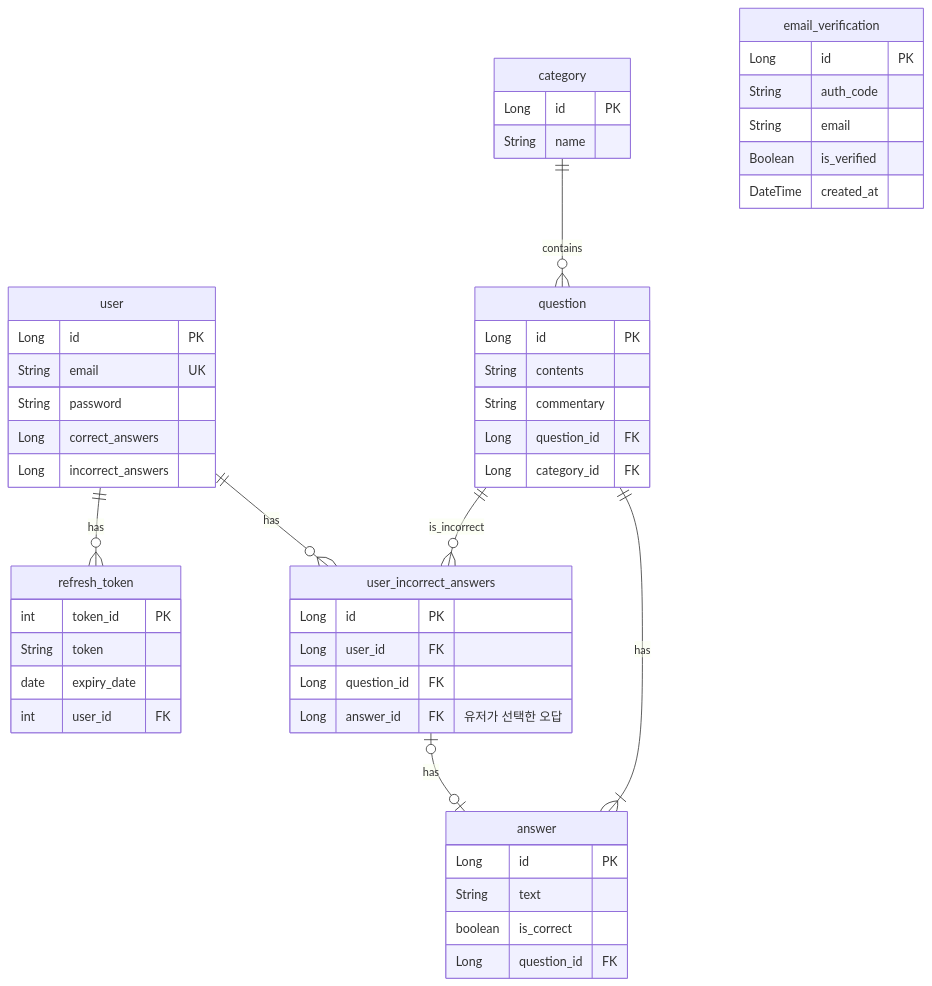
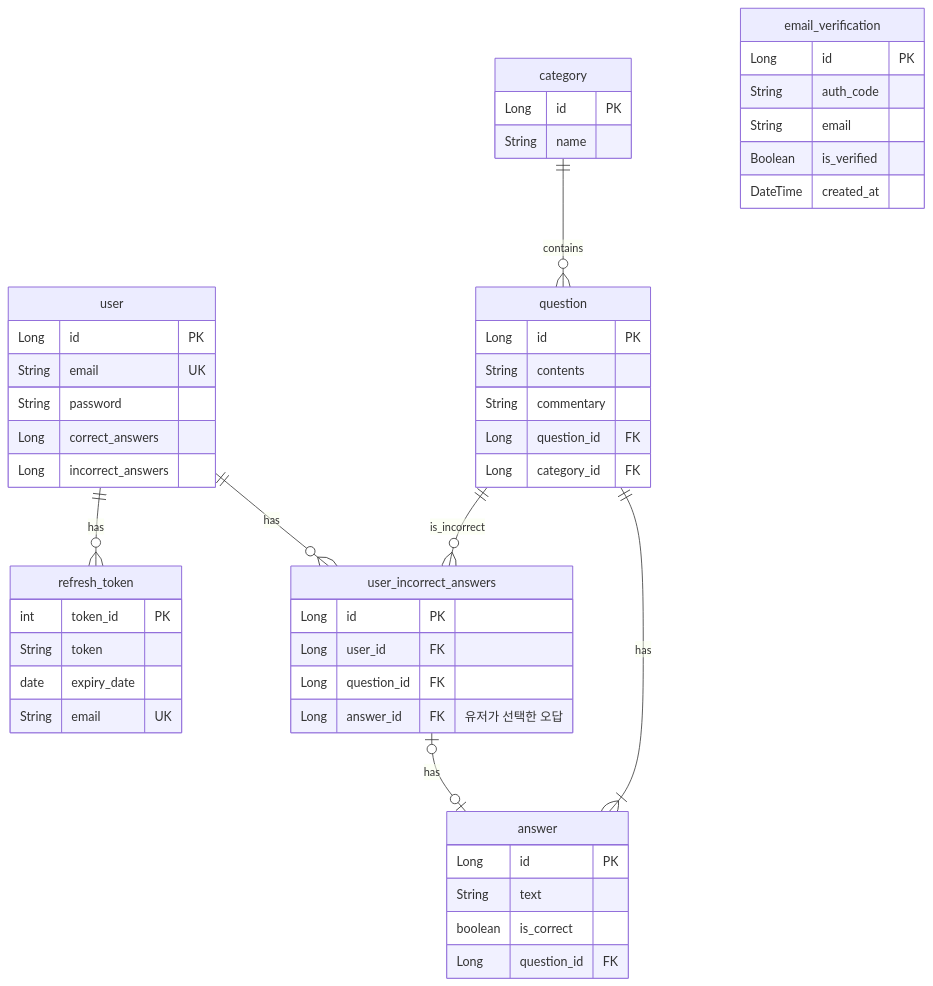
Before and after one commit to Q-int/Qint_Backend: the diagram in README.md, drawn with Mermaid.

Commit message:
docs: User 대신 email로 변경

````diff
--- a/README.md
+++ b/README.md
@@ -3,59 +3,59 @@
 ```mermaid
 erDiagram
     user {
         Long id PK
         String email UK
         String password
         Long correct_answers
         Long incorrect_answers
     }
 
     category {
         Long id PK
         String name
     }
 
     question {
         Long id PK
         String contents
         String commentary
         Long question_id FK
         Long category_id FK
     }
     
     answer {
         Long id PK
         String text
         boolean is_correct
         Long question_id FK
     }
 
     user_incorrect_answers {
         Long id PK
         Long user_id FK
         Long question_id FK
         Long answer_id FK "유저가 선택한 오답"
     }
 
     email_verification {
         Long id PK
         String auth_code
         String email
         Boolean is_verified
         DateTime created_at
     }
 
     refresh_token {
         int token_id PK
         String token
         date expiry_date
-        int user_id FK
+        String email UK
     }
 
     user ||--o{ user_incorrect_answers : has
     user ||--o{ refresh_token : has
     category ||--o{ question : contains
     question ||--|{ answer : has
     question ||--o{ user_incorrect_answers : is_incorrect
     user_incorrect_answers |o--o| answer : has
 ```
````
